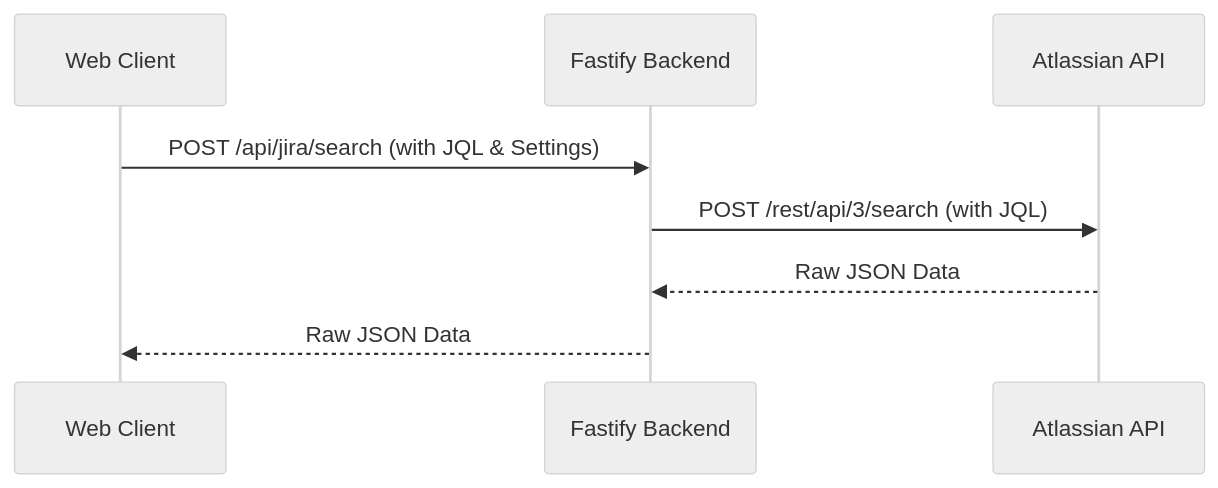
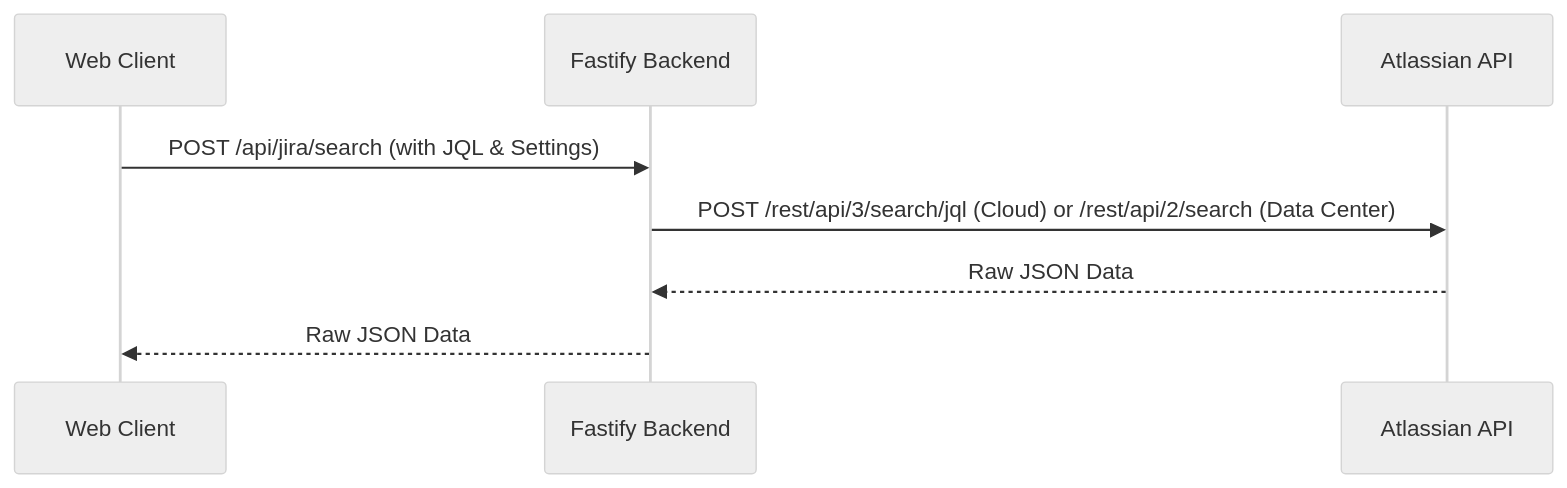
The diagram in doc/JIRA-INTEGRATION.md (AlesKracik/ValueStream-DependencyTree), drawn with Mermaid (neutral theme) before and after one commit. The commit also changed other lines of this file and 19 other files, not shown here.

First line of the commit message:
feat: Support Jira Cloud alongside Data Center

````diff
--- a/doc/JIRA-INTEGRATION.md
+++ b/doc/JIRA-INTEGRATION.md
@@ -9,10 +9,10 @@
 ```mermaid
 sequenceDiagram
     participant UI as Web Client
     participant Backend as Fastify Backend
     participant Jira as Atlassian API
     UI->>Backend: POST /api/jira/search (with JQL & Settings)
-    Backend->>Jira: POST /rest/api/3/search (with JQL)
+    Backend->>Jira: POST /rest/api/3/search/jql (Cloud) or /rest/api/2/search (Data Center)
     Jira-->>Backend: Raw JSON Data
     Backend-->>UI: Raw JSON Data
 ```
````
